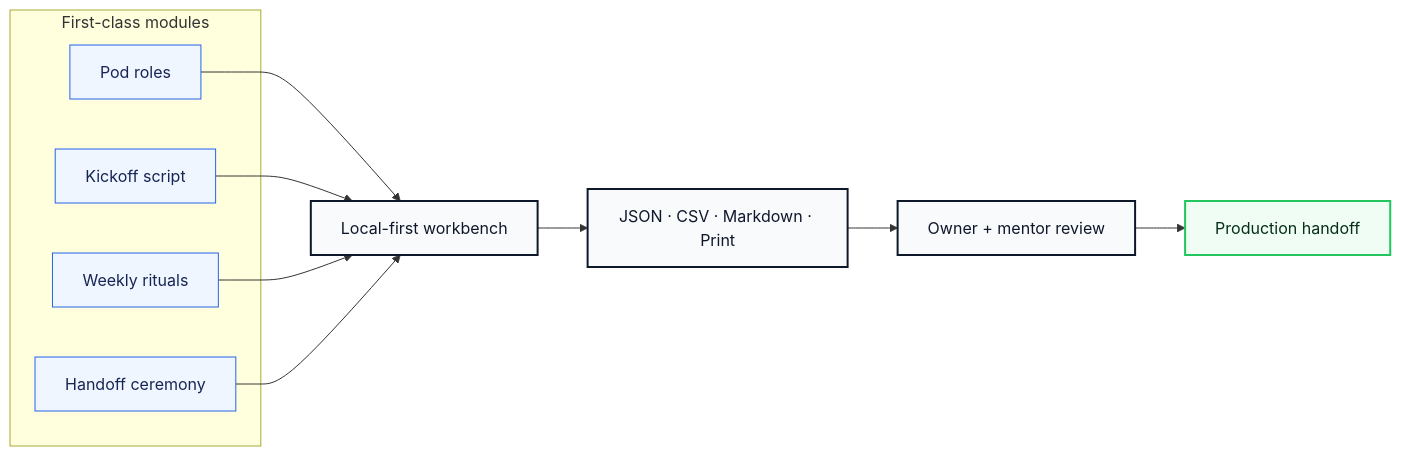
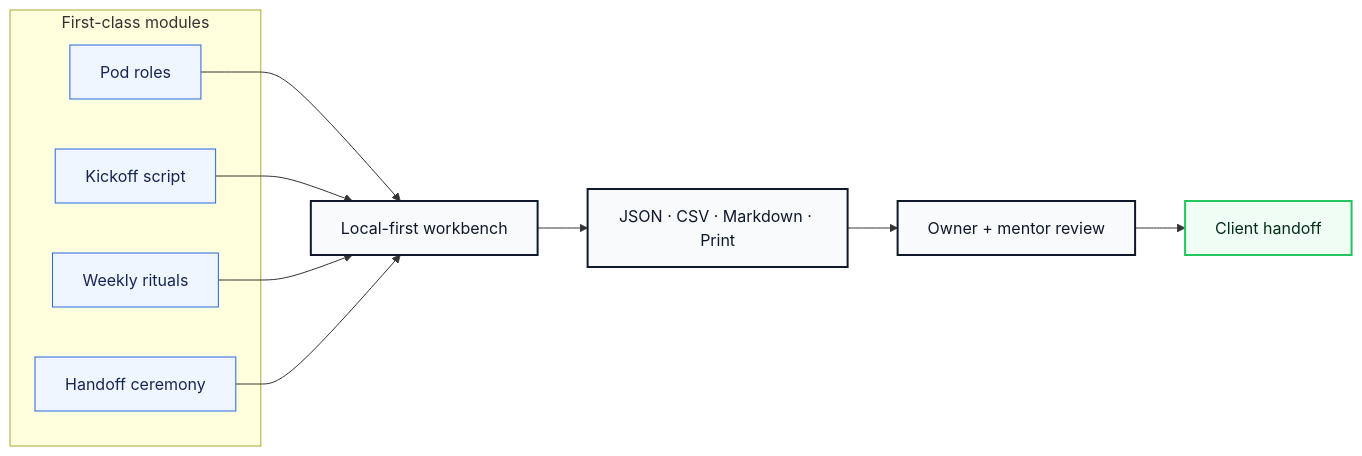
The second of 3 diagrams in README.md (volta-npo/student-pod-playbook), drawn with Mermaid before and after one commit. The commit also changed other lines of this file and 28 other files, not shown here.

````diff
--- a/README.md
+++ b/README.md
@@ -64,23 +64,23 @@
 ```mermaid
 flowchart LR
     subgraph Modules["First-class modules"]
         M1["Pod roles"]
         M2["Kickoff script"]
         M3["Weekly rituals"]
         M4["Handoff ceremony"]
     end
     M1 --> Workbench
     M2 --> Workbench
     M3 --> Workbench
     M4 --> Workbench
     Workbench["Local-first workbench"] --> Exports["JSON · CSV · Markdown · Print"]
     Exports --> Review["Owner + mentor review"]
-    Review --> Launch["Production handoff"]
+    Review --> Launch["Client handoff"]
 
     classDef module fill:#eff6ff,stroke:#2563eb,color:#172554;
     classDef app fill:#f8fafc,stroke:#0f172a,color:#0f172a,stroke-width:2px;
     classDef launch fill:#f0fdf4,stroke:#22c55e,color:#052e16,stroke-width:2px;
     class M1,M2,M3,M4 module;
     class Workbench,Exports,Review app;
     class Launch launch;
 ```
````
